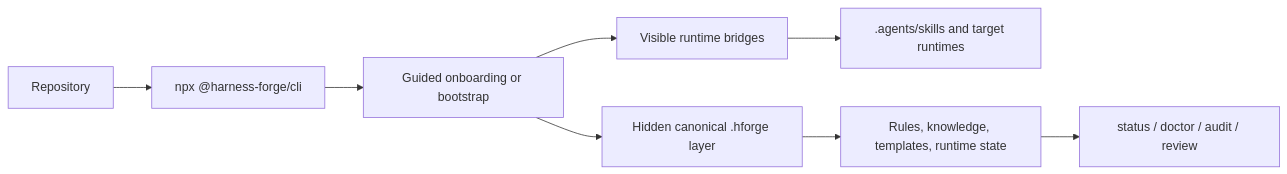
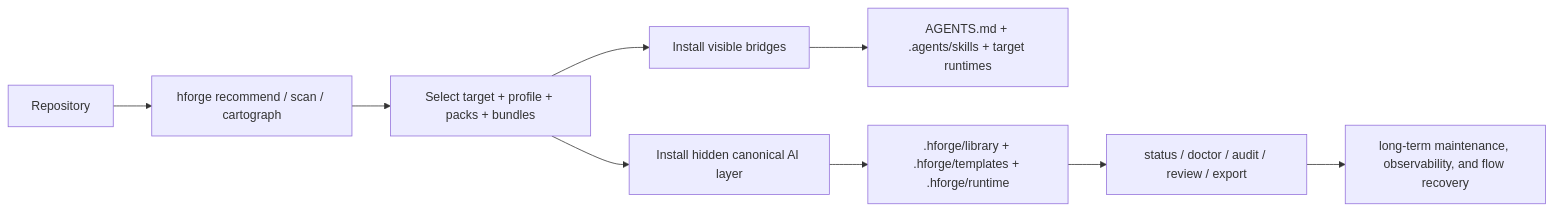
Before and after one commit to ldilov/harness-forge: the first of 2 diagrams in README.md, drawn with Mermaid. The commit also changed other lines of this file and 1 other file, not shown here.

````diff
--- a/README.md
+++ b/README.md
@@ -109,10 +173,11 @@
 ```mermaid
 flowchart LR
-    A[Repository] --> B[npx @harness-forge/cli]
-    B --> C[Guided onboarding or bootstrap]
-    C --> D[Visible runtime bridges]
-    C --> E[Hidden canonical .hforge layer]
-    D --> F[.agents/skills and target runtimes]
-    E --> G[Rules, knowledge, templates, runtime state]
-    G --> H[status / doctor / audit / review]
+    A[Repository] --> B[hforge recommend / scan / cartograph]
+    B --> C[Select target + profile + packs + bundles]
+    C --> D[Install visible bridges]
+    C --> E[Install hidden canonical AI layer]
+    D --> F[AGENTS.md + .agents/skills + target runtimes]
+    E --> G[.hforge/library + .hforge/templates + .hforge/runtime]
+    G --> H[status / doctor / audit / review / export]
+    H --> I[long-term maintenance, observability, and flow recovery]
 ```
````
